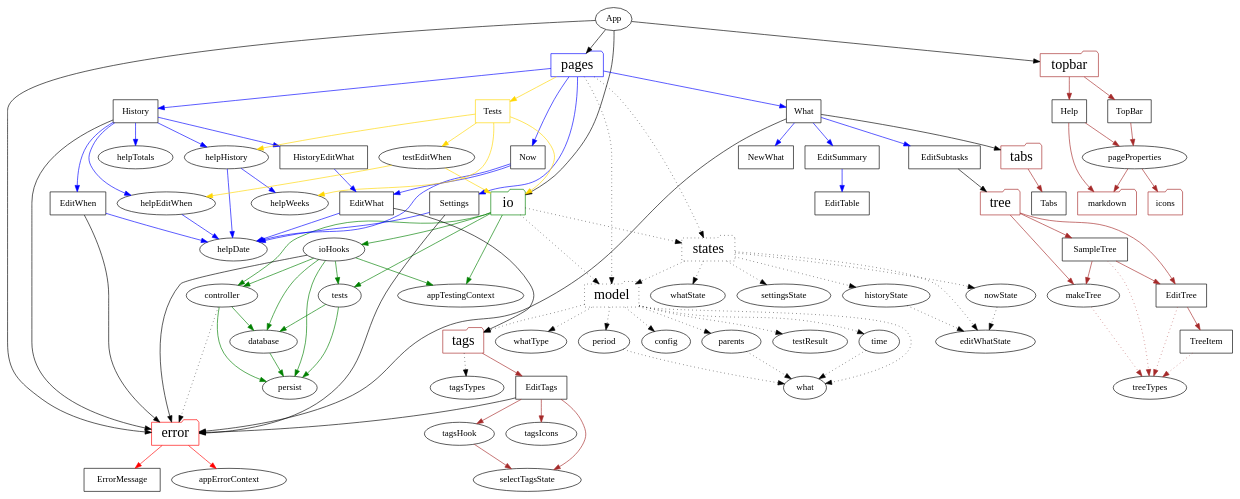
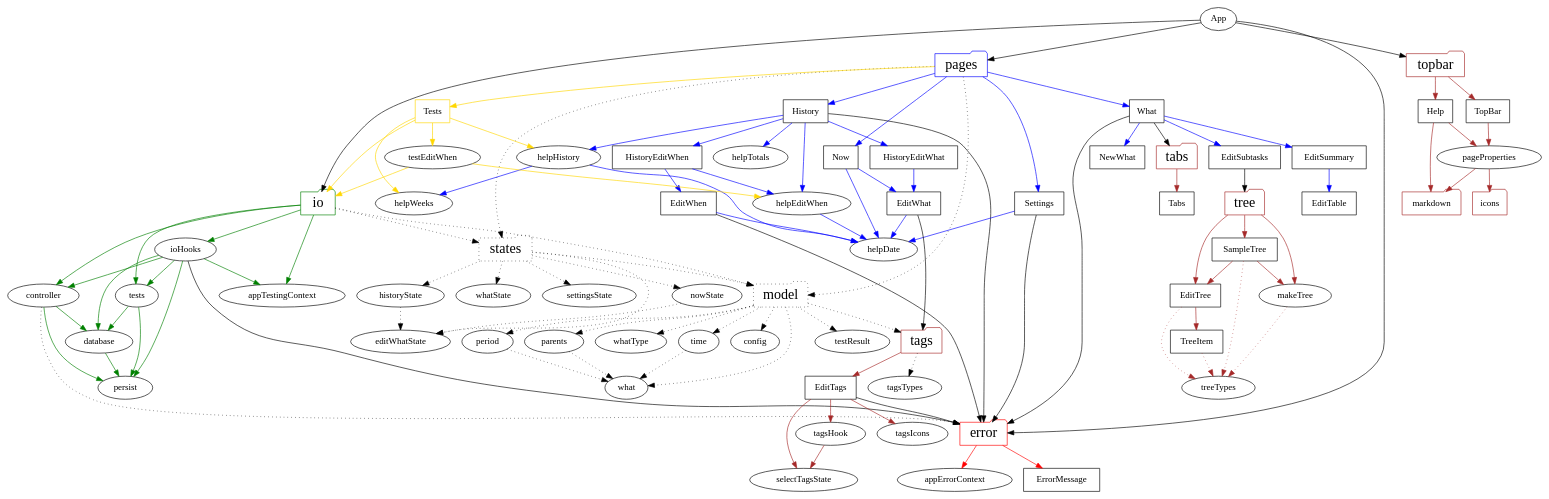
The diagram in dependencies/dependencies.dot (cwellsx/time), drawn with Graphviz before and after one commit. The commit also changed 8 other files, not shown here.

Commit message:
Don't reorder history when editing time

```diff
--- a/dependencies/dependencies.dot
+++ b/dependencies/dependencies.dot
@@ -1,115 +1,117 @@
 digraph SRC {
   "App" -> {"error" "io" "pages" "topbar"};
 
   "error" [shape=folder, color=red, fontsize="22pt"];
   "io" [shape=folder, color=green, fontsize="22pt"];
   "model" [shape=folder, fontsize="22pt"] [style=dotted];
   "pages" [shape=folder, color=blue, fontsize="22pt"];
   "states" [shape=folder, fontsize="22pt"] [style=dotted];
   "tabs" [shape=folder, color=brown, fontsize="22pt"];
   "tags" [shape=folder, color=brown, fontsize="22pt"];
   "topbar" [shape=folder, color=brown, fontsize="22pt"];
   "tree" [shape=folder, color=brown, fontsize="22pt"];
   "icons" [shape=folder, color=brown];
   "markdown" [shape=folder, color=brown];
   
   "error" -> {"ErrorMessage" "appErrorContext"} [color=red];
   "ErrorMessage" [shape=rect];
   "ErrorMessage" -> {};
   "appErrorContext" -> {};
 
   "io" -> {"controller" "ioHooks" "tests" "appTestingContext"} [color=green];
   "io" -> {"model" "states"} [style=dotted];
   "controller" -> {"persist" "database"} [color=green];
   "controller" -> {"error"} [style=dotted];
   "database" -> {"persist"} [color=green];
   "ioHooks" -> {"controller" "database" "persist" "tests" "appTestingContext"} [color=green];
   "ioHooks" -> {"error"};
   "tests" -> {"database" "persist"} [color=green];
   "persist" -> {}
   "appTestingContext" -> {};
 
   "model" -> {"config" "period" "testResult" "parents" "time" "tags" "whatType" "what"} [style=dotted];
   "config" -> {} [style=dotted];
   "period" -> {"what"} [style=dotted];
   "testResult" -> {} [style=dotted];
   "time" -> {"what"} [style=dotted];
   "parents" -> {"what"} [style=dotted];
   "what" -> {} [style=dotted];
   "whatType" -> {} [style=dotted];
 
   "pages" -> {"Now" "What" "History" "Settings"} [color=blue];
   "pages" -> {"Tests"} [color=gold];
   "Now" [shape=rect];
   "What" [shape=rect];
   "History" [shape=rect];
   "Settings" [shape=rect];
   "Tests" [shape=rect] [color=gold];
   "HistoryEditWhat" [shape=rect];
+  "HistoryEditWhen" [shape=rect];
   "EditWhat" [shape=rect];
   "EditWhen" [shape=rect];
   "EditTable" [shape=rect];
   "EditSummary" [shape=rect];
   "EditSubtasks" [shape=rect];
   "NewWhat" [shape=rect];
   "pages" -> {"model" "states"} [style=dotted];
   "helpDate" -> {};
   "helpWeeks" -> {};
   "helpTotals" -> {};
   "Now" -> {"helpDate" "EditWhat"} [color=blue];
   "What" -> {"tabs" "error"};
   "What" -> {"NewWhat" "EditSummary" "EditSubtasks"} [color=blue];
   "EditSummary" -> {"EditTable"} [color=blue];
   "EditSubtasks" -> {"tree"};
-  "History" -> {"helpHistory" "helpTotals" "HistoryEditWhat" "EditWhen" "helpEditWhen"} [color=blue];
+  "History" -> {"helpHistory" "helpTotals" "HistoryEditWhat" "HistoryEditWhen" "helpEditWhen"} [color=blue];
   "HistoryEditWhat" -> {"EditWhat"} [color=blue];
+  "HistoryEditWhen" -> {"EditWhen" "helpEditWhen"} [color=blue];
   "History" -> {"error"};
   "Settings" -> {"helpDate"} [color=blue];
   "Settings" -> {"error"};
   "Tests" -> {"testEditWhen" "helpWeeks" "helpHistory" "io"} [color=gold];
   "helpHistory" -> {"helpWeeks" "helpDate"} [color=blue];
   "testEditWhen" -> {"helpEditWhen" "io"} [color=gold];
   "helpEditWhen" -> {"helpDate"} [color=blue];
   "EditWhat" -> {"helpDate"} [color=blue]
   "EditWhat" -> {"tags"};
   "EditWhen" -> {"helpDate"} [color=blue]
   "EditWhen" -> {"error"}
 
   "states" -> {"nowState" "whatState" "historyState" "settingsState" "editWhatState" "model"} [style=dotted];
   "nowState" -> {"editWhatState"} [style=dotted];
   "whatState" -> {} [style=dotted];
   "historyState" -> {"editWhatState"} [style=dotted];
   "settingsState" -> {} [style=dotted];
   "editWhatState" -> {} [style=dotted];
 
   "tabs" -> {"Tabs"} [color=brown];
   "Tabs" [shape=rect];
   "Tabs" -> {};
 
   "tree" -> {"EditTree" "SampleTree" "makeTree"} [color=brown];
   "EditTree" [shape=rect];
   "SampleTree" [shape=rect];
   "TreeItem" [shape=rect];
   "EditTree" -> {"treeTypes"} [style=dotted, color=brown];
   "EditTree" -> {"TreeItem"} [color=brown];
   "TreeItem" -> {"treeTypes"} [style=dotted, color=brown];
   "SampleTree" -> {"EditTree" "makeTree"} [color=brown];
   "SampleTree" -> {"treeTypes"} [style=dotted, color=brown];
   "makeTree" -> {"treeTypes"} [style=dotted, color=brown];
 
   "tags" -> {"EditTags"} [color=brown];
   "tags" -> {"tagsTypes"} [style=dotted];
   "EditTags" [shape=rect];
   "EditTags" -> {"selectTagsState" "tagsHook" "tagsIcons"} [color=brown];
   "EditTags" -> {"error"};
   "tagsHook" -> {"selectTagsState"} [color=brown];
   "tagsIcons" -> {};
   "tagsTypes" -> {} [style=dotted, color=brown];
 
   "topbar" -> {"TopBar" "Help"} [color=brown];
   "TopBar" [shape=rect];
   "Help" [shape=rect];
   "TopBar" -> {"pageProperties"} [color=brown];
   "pageProperties" -> {"markdown" "icons"} [color=brown];
   "Help" -> {"markdown" "pageProperties"} [color=brown];
 }
```
